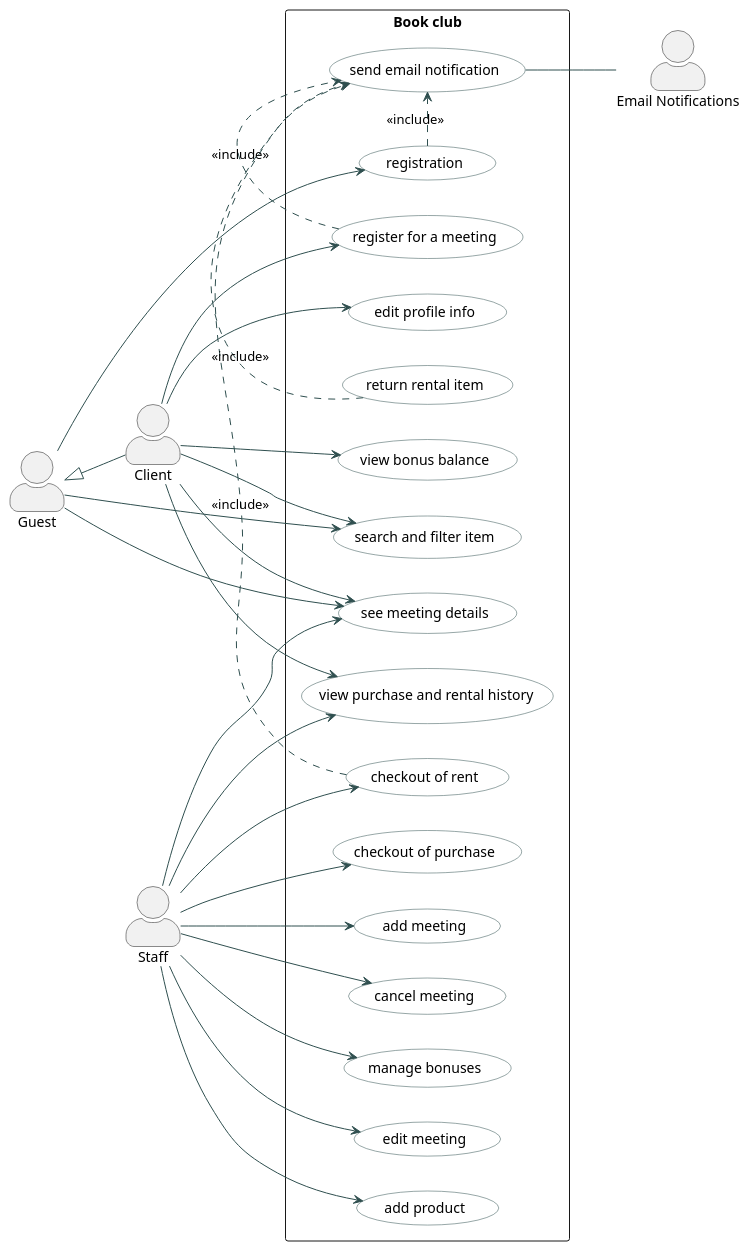
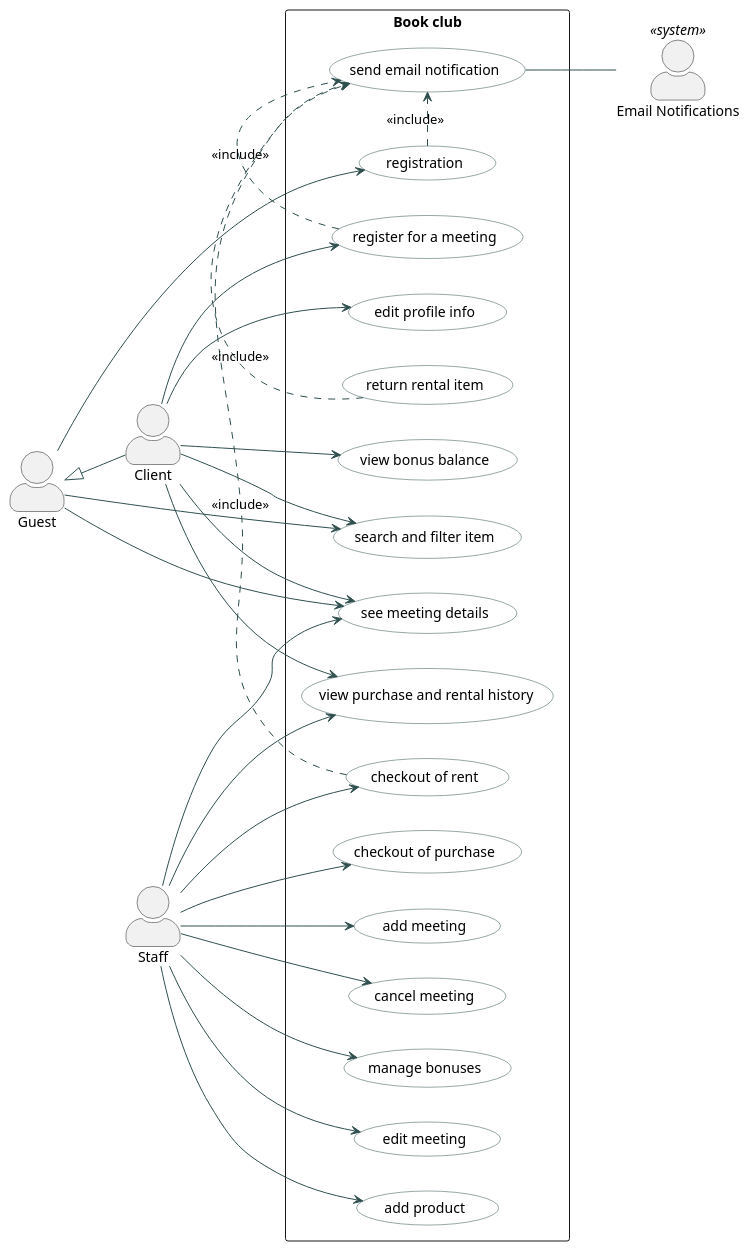
One commit to sofiakiosova37-boop/bookshop_kpi2 changed the diagram in task2/usecase.puml. Above: the diagram before and after it, drawn with PlantUML. The commit also changed 1 other file, not shown here.

Commit message:
NFR added + error with email is not an actor fixed

```diff
--- a/task2/usecase.puml
+++ b/task2/usecase.puml
@@ -1,65 +1,66 @@
 @startuml
 left to right direction
 skinparam packageStyle rectangle
 skinparam actorStyle awesome
 skinparam usecase {
     BackgroundColor LightPurple
     BorderColor DarkSlateGray
     ArrowColor DarkSlateGray
 }
 
 actor "Guest" as Guest
 actor "Client" as Client
 actor "Staff" as Staff
-actor "Email Notifications" as EN
 
 Guest <|-- Client
+
+actor "Email Notifications" as EN <<system>>
 
 rectangle "Book club" {
     usecase "registration" as UC1
     usecase "checkout of purchase" as UC2
     usecase "checkout of rent" as UC3
     usecase "search and filter item" as UC4
     usecase "see meeting details" as UC5
     usecase "add meeting" as UC6
     usecase "cancel meeting" as UC7
     usecase "send email notification" as UC8
     usecase "manage bonuses" as UC9
     usecase "edit profile info" as UC10
     usecase "edit meeting" as UC11
     usecase "view purchase and rental history" as UC12
     usecase "register for a meeting" as UC13
     usecase "return rental item" as UC14
     usecase "add product" as UC15
     usecase "view bonus balance" as UC16
 }
 
 Guest --> UC1
 Guest --> UC4
 Guest --> UC5
 
 Client -->UC4
 Client -->UC5
 Client -->UC10
 Client -->UC12
 Client -->UC13
 Client -->UC16
 
 Staff --> UC2
 Staff --> UC3
 Staff --> UC5
 Staff --> UC6
 Staff --> UC7
 Staff --> UC9
 Staff --> UC11
 Staff --> UC12
 Staff --> UC15
 
 UC8 --EN
 
 UC13 .> UC8 : <<include>>
 UC1 .> UC8 : <<include>>
 UC3 .> UC8 : <<include>>
 UC14 .> UC8 : <<include>>
 
 @enduml
```
